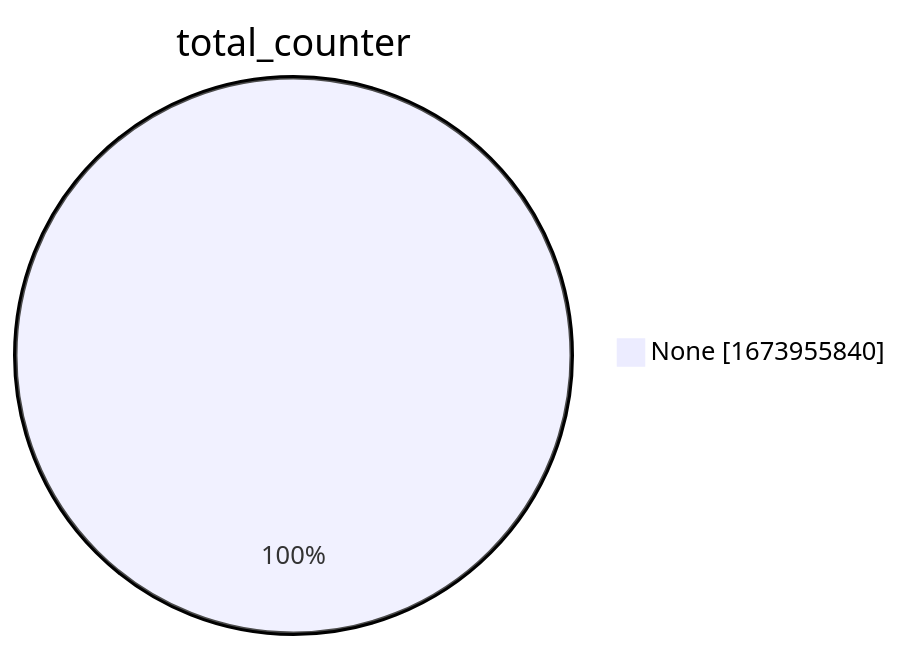
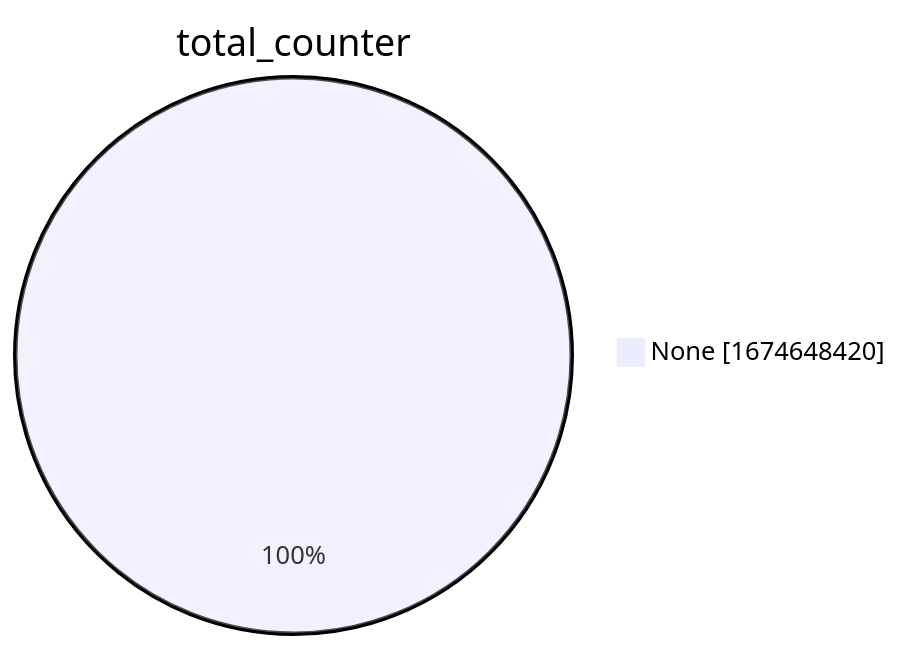
The second of 15 diagrams in xenon2022/README.md (christiankrug/ctmonitor_visualization), drawn with Mermaid before and after one commit. The commit also changed other lines of this file, not shown here.

````diff
--- a/xenon2022/README.md
+++ b/xenon2022/README.md
@@ -9,5 +9,5 @@
 ```mermaid
 pie showData
 title total_counter
-"None" :1673955840
+"None" :1674648420
 ```
````
